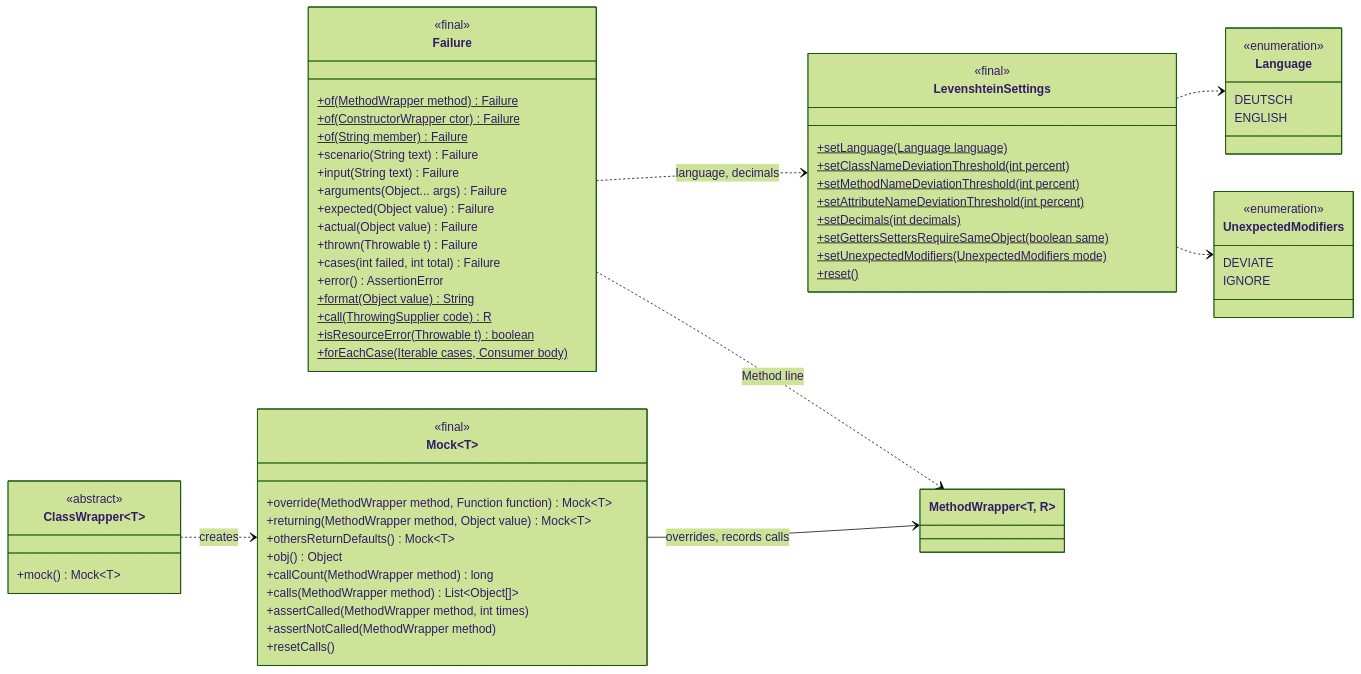
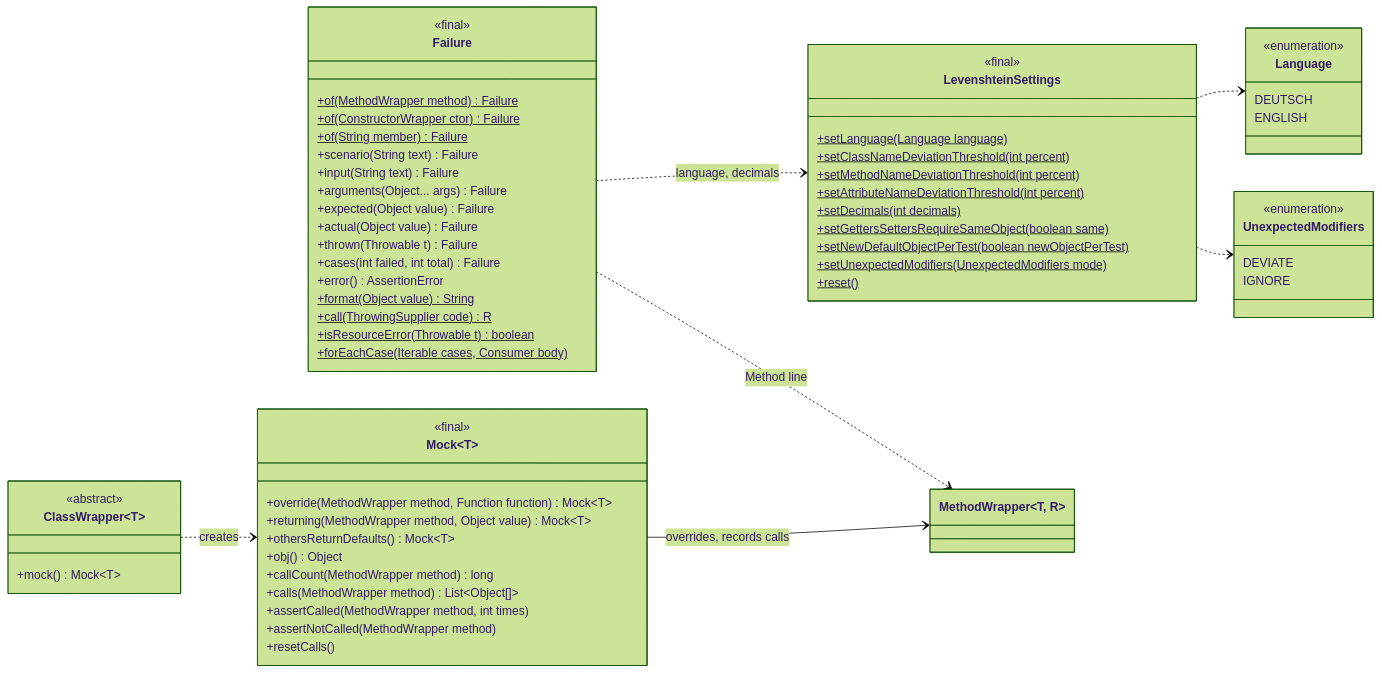
Before and after one commit to ValentinHerrmann/Levenshtein-Testing-Framework: the fourth of 6 diagrams in docs/architecture.md, drawn with Mermaid (forest theme). The commit also changed other lines of this file and 27 other files, not shown here.

````diff
--- a/docs/architecture.md
+++ b/docs/architecture.md
@@ -231,67 +234,68 @@
 ```mermaid
 classDiagram
     direction LR
     class Failure {
         <<final>>
         +of(MethodWrapper method)$ Failure
         +of(ConstructorWrapper ctor)$ Failure
         +of(String member)$ Failure
         +scenario(String text) Failure
         +input(String text) Failure
         +arguments(Object... args) Failure
         +expected(Object value) Failure
         +actual(Object value) Failure
         +thrown(Throwable t) Failure
         +cases(int failed, int total) Failure
         +error() AssertionError
         +format(Object value)$ String
         +call(ThrowingSupplier code)$ R
         +isResourceError(Throwable t)$ boolean
         +forEachCase(Iterable cases, Consumer body)$
     }
     class Mock~T~ {
         <<final>>
         +override(MethodWrapper method, Function function) Mock~T~
         +returning(MethodWrapper method, Object value) Mock~T~
         +othersReturnDefaults() Mock~T~
         +obj() Object
         +callCount(MethodWrapper method) long
         +calls(MethodWrapper method) List~Object[]~
         +assertCalled(MethodWrapper method, int times)
         +assertNotCalled(MethodWrapper method)
         +resetCalls()
     }
     class LevenshteinSettings {
         <<final>>
         +setLanguage(Language language)$
         +setClassNameDeviationThreshold(int percent)$
         +setMethodNameDeviationThreshold(int percent)$
         +setAttributeNameDeviationThreshold(int percent)$
         +setDecimals(int decimals)$
         +setGettersSettersRequireSameObject(boolean same)$
+        +setNewDefaultObjectPerTest(boolean newObjectPerTest)$
         +setUnexpectedModifiers(UnexpectedModifiers mode)$
         +reset()$
     }
     class Language {
         <<enumeration>>
         DEUTSCH
         ENGLISH
     }
     class UnexpectedModifiers {
         <<enumeration>>
         DEVIATE
         IGNORE
     }
     class ClassWrapper~T~ {
         <<abstract>>
         +mock() Mock~T~
     }
     class MethodWrapper["MethodWrapper&lt;T, R&gt;"]
 
     ClassWrapper ..> Mock : creates
     Mock --> MethodWrapper : overrides, records calls
     Failure ..> MethodWrapper : Method line
     Failure ..> LevenshteinSettings : language, decimals
     LevenshteinSettings ..> Language
     LevenshteinSettings ..> UnexpectedModifiers
 ```
````
